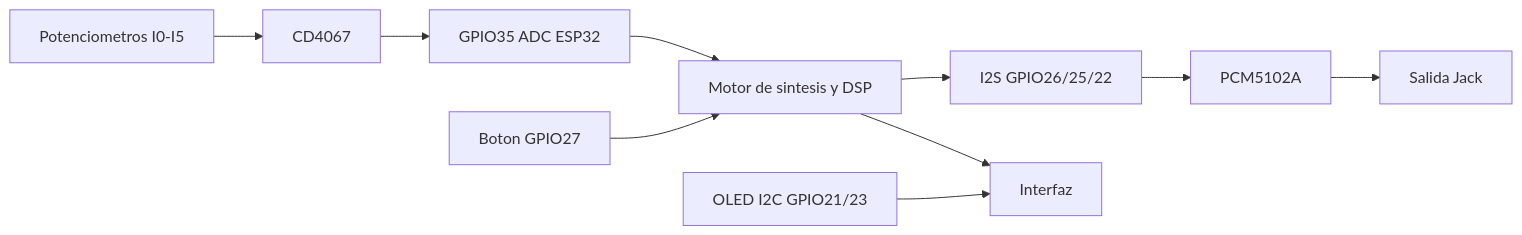
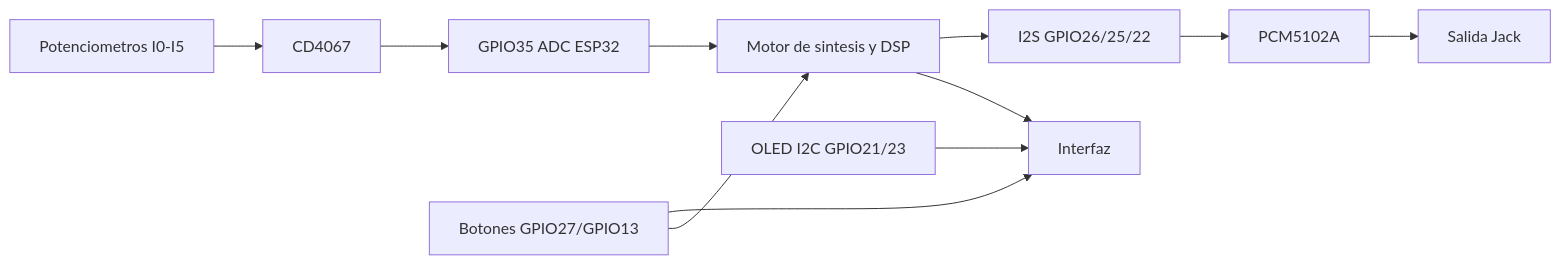
The first of 2 diagrams in README.md (pablex99/Synth), drawn with Mermaid before and after one commit. The commit also changed other lines of this file and 1 other file, not shown here.

Commit message:
Remap I0-I2 controls, add paged OLED UI, and document panel diagram (#8)

````diff
--- a/README.md
+++ b/README.md
@@ -18,12 +20,13 @@
 ```mermaid
 flowchart LR
 	POTS[Potenciometros I0-I5] --> MUX[CD4067]
 	MUX --> ADC[GPIO35 ADC ESP32]
 	ADC --> DSP[Motor de sintesis y DSP]
 	DSP --> I2S[I2S GPIO26/25/22]
 	I2S --> DAC[PCM5102A]
 	DAC --> JACK[Salida Jack]
-	BTN[Boton GPIO27] --> DSP
+	BTN[Botones GPIO27/GPIO13] --> UI
+	BTN --> DSP
 	OLED[OLED I2C GPIO21/23] --> UI[Interfaz]
 	DSP --> UI
 ```
````
